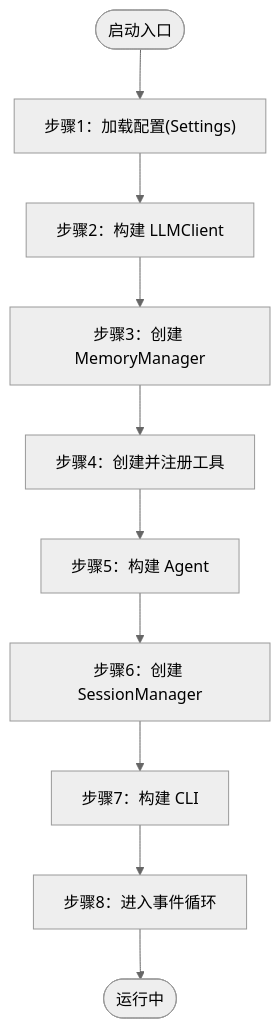
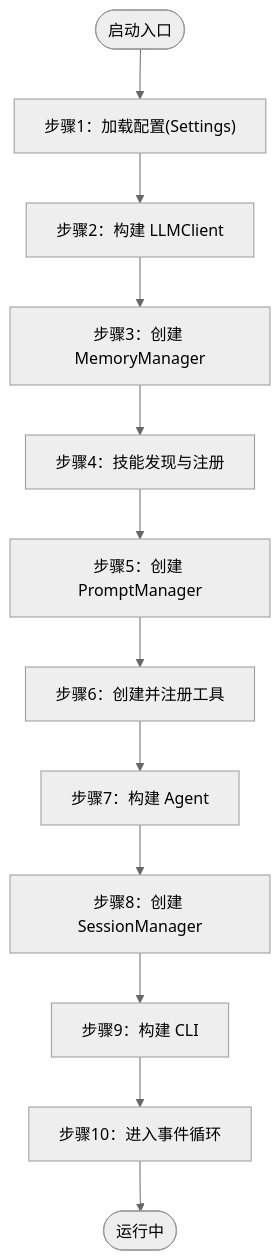
Before and after one commit to 250shiwo/MySmallAgent: the third of 5 diagrams in .qoder/repowiki/zh/content/核心模块详解/入口点和初始化.md, drawn with Mermaid (neutral theme). The commit also changed other lines of this file and 23 other files, not shown here.

````diff
--- a/.qoder/repowiki/zh/content/核心模块详解/入口点和初始化.md
+++ b/.qoder/repowiki/zh/content/核心模块详解/入口点和初始化.md
@@ -224,12 +262,14 @@
 ```mermaid
 flowchart TD
 Start(["启动入口"]) --> Step1["步骤1：加载配置(Settings)"]
 Step1 --> Step2["步骤2：构建 LLMClient"]
 Step2 --> Step3["步骤3：创建 MemoryManager"]
-Step3 --> Step4["步骤4：创建并注册工具"]
-Step4 --> Step5["步骤5：构建 Agent"]
-Step5 --> Step6["步骤6：创建 SessionManager"]
-Step6 --> Step7["步骤7：构建 CLI"]
-Step7 --> Step8["步骤8：进入事件循环"]
-Step8 --> End(["运行中"])
+Step3 --> Step4["步骤4：技能发现与注册"]
+Step4 --> Step5["步骤5：创建 PromptManager"]
+Step5 --> Step6["步骤6：创建并注册工具"]
+Step6 --> Step7["步骤7：构建 Agent"]
+Step7 --> Step8["步骤8：创建 SessionManager"]
+Step8 --> Step9["步骤9：构建 CLI"]
+Step9 --> Step10["步骤10：进入事件循环"]
+Step10 --> End(["运行中"])
 ```
````
